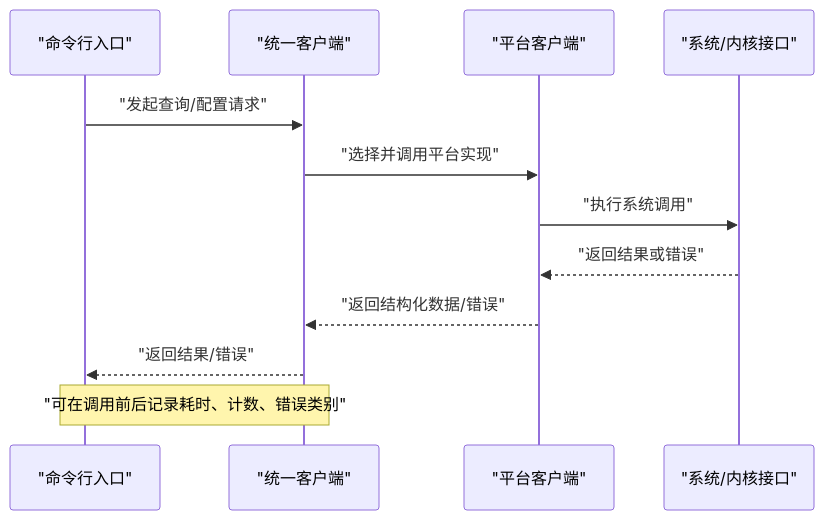
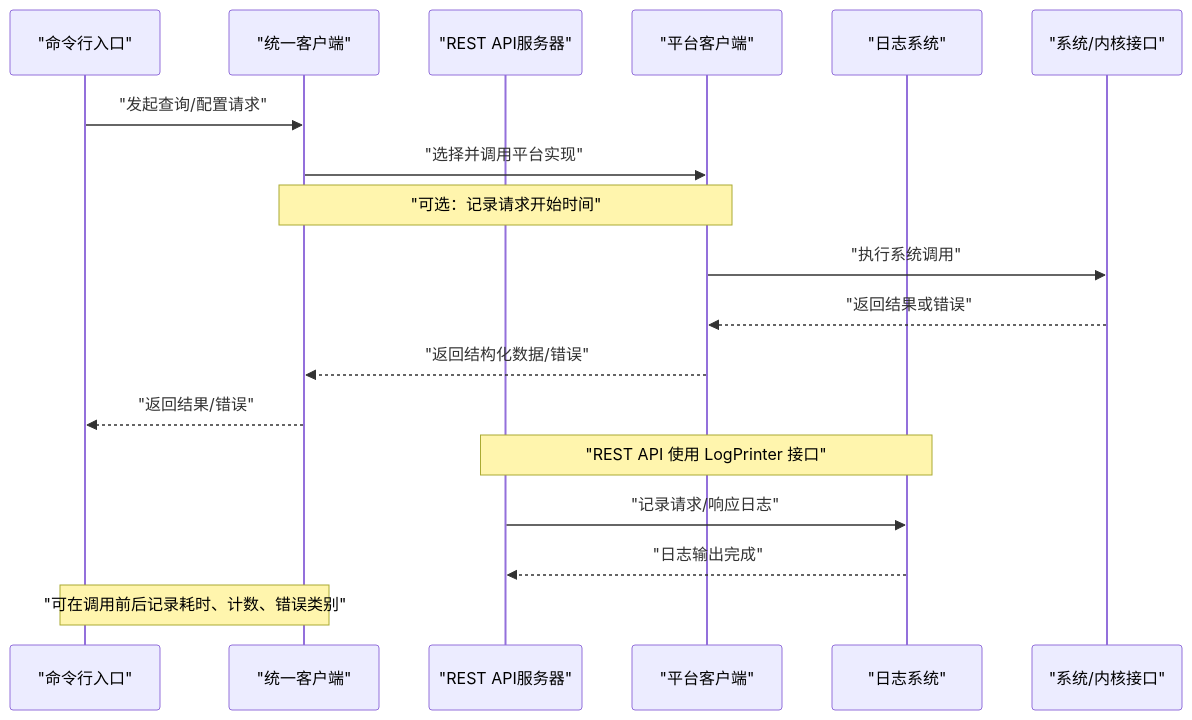
One commit to tea4go/wgctrl-go changed the second of 4 diagrams in .qoder/repowiki/zh/content/高级功能/监控和日志.md. Above: the diagram before and after it, drawn with Mermaid. The commit also changed other lines of this file and 11 other files, not shown here.

````diff
--- a/.qoder/repowiki/zh/content/高级功能/监控和日志.md
+++ b/.qoder/repowiki/zh/content/高级功能/监控和日志.md
@@ -126,14 +138,20 @@
 ```mermaid
 sequenceDiagram
 participant CLI as "命令行入口"
 participant C as "统一客户端"
+participant S as "REST API服务器"
 participant P as "平台客户端"
-participant S as "系统/内核接口"
+participant L as "日志系统"
+participant Sys as "系统/内核接口"
 CLI->>C : "发起查询/配置请求"
 C->>P : "选择并调用平台实现"
-P->>S : "执行系统调用"
-S-->>P : "返回结果或错误"
+Note over C,P : "可选：记录请求开始时间"
+P->>Sys : "执行系统调用"
+Sys-->>P : "返回结果或错误"
 P-->>C : "返回结构化数据/错误"
 C-->>CLI : "返回结果/错误"
+Note over S,L : "REST API 使用 LogPrinter 接口"
+S->>L : "记录请求/响应日志"
+L-->>S : "日志输出完成"
 Note over CLI,C : "可在调用前后记录耗时、计数、错误类别"
 ```
````
